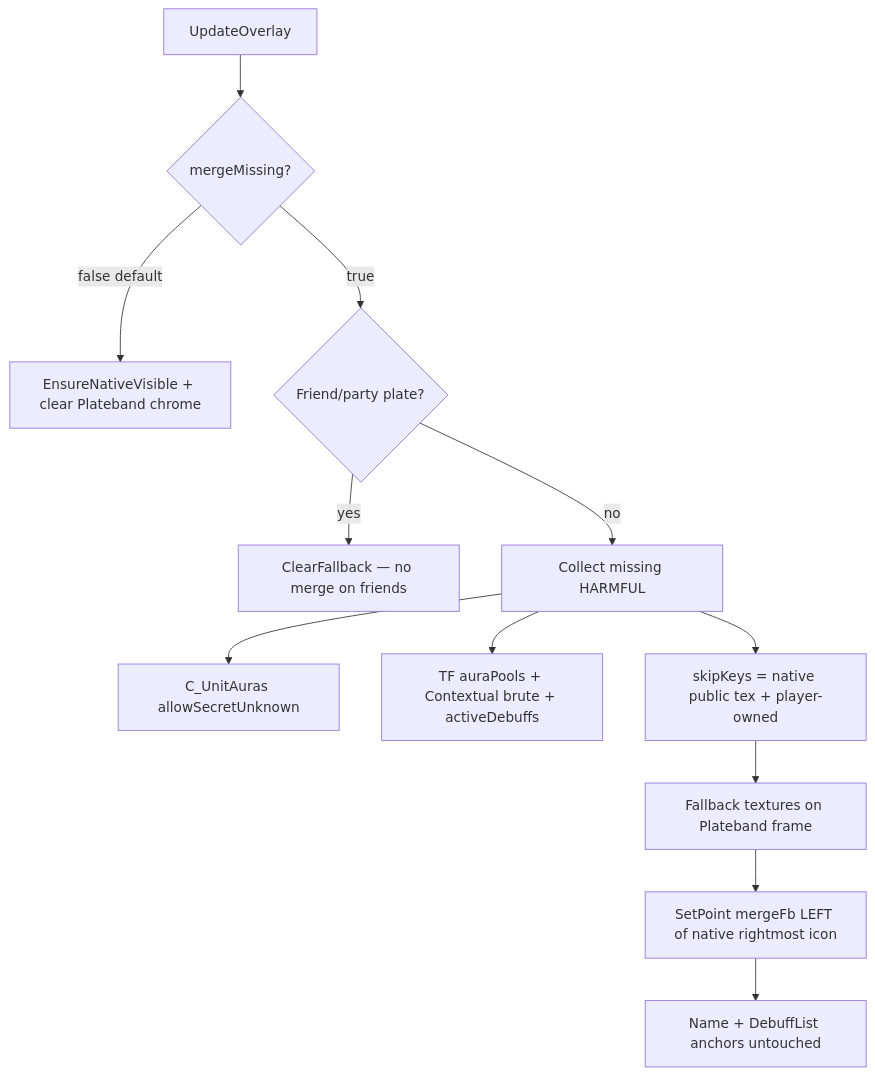
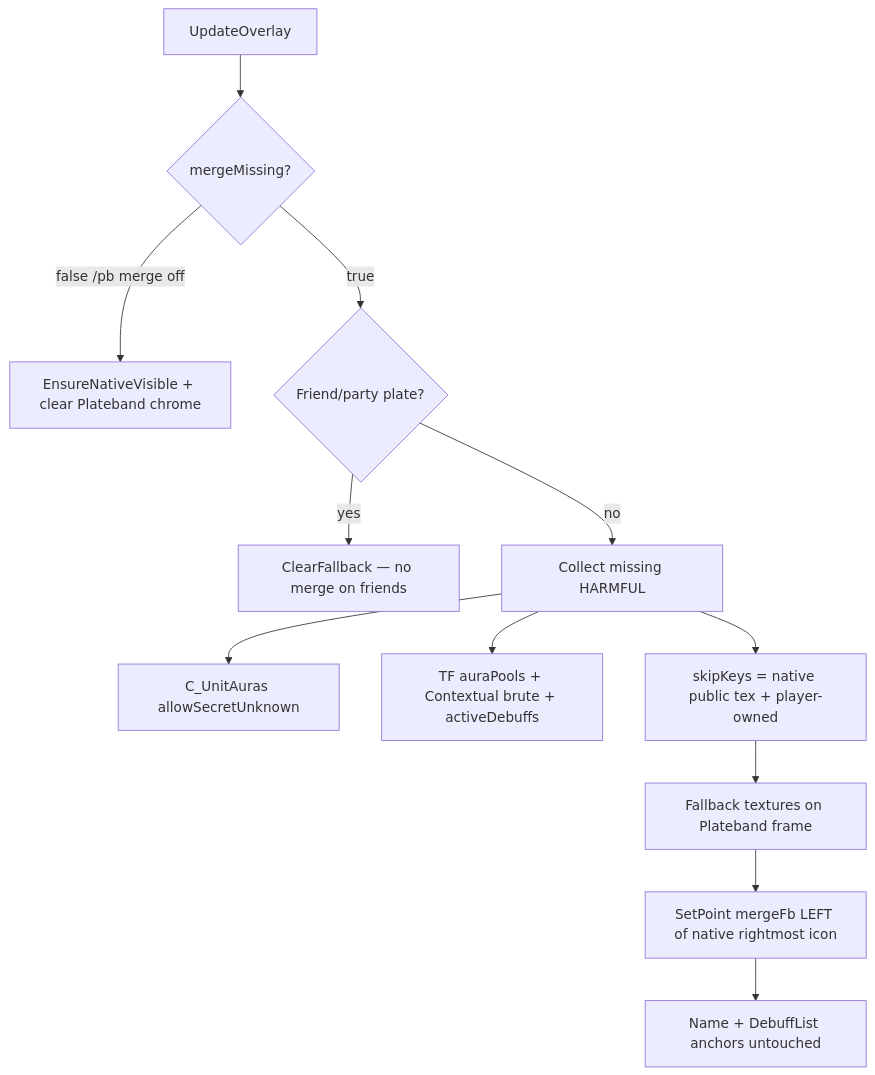
Before and after one commit to sirTurbisCZ/wow-forever-addons: the diagram in addons/Plateband/Docs/merge-design.md, drawn with Mermaid. The commit also changed other lines of this file and 8 other files, not shown here.

First line of the commit message:
feat(Plateband): default merge on (0.1.15, schema 7)

````diff
--- a/addons/Plateband/Docs/merge-design.md
+++ b/addons/Plateband/Docs/merge-design.md
@@ -22,14 +22,14 @@
 ```mermaid
 flowchart TD
   tick[UpdateOverlay] --> gate{mergeMissing?}
-  gate -->|false default| nativeOnly[EnsureNativeVisible + clear Plateband chrome]
+  gate -->|false /pb merge off| nativeOnly[EnsureNativeVisible + clear Plateband chrome]
   gate -->|true| enemy{Friend/party plate?}
   enemy -->|yes| skip[ClearFallback — no merge on friends]
   enemy -->|no| collect[Collect missing HARMFUL]
   collect --> src1[C_UnitAuras allowSecretUnknown]
   collect --> src2[TF auraPools + Contextual brute + activeDebuffs]
   collect --> skipKeys[skipKeys = native public tex + player-owned]
   skipKeys --> paint[Fallback textures on Plateband frame]
   paint --> layout[SetPoint mergeFb LEFT of native rightmost icon]
   layout --> note[Name + DebuffList anchors untouched]
 ```
````
